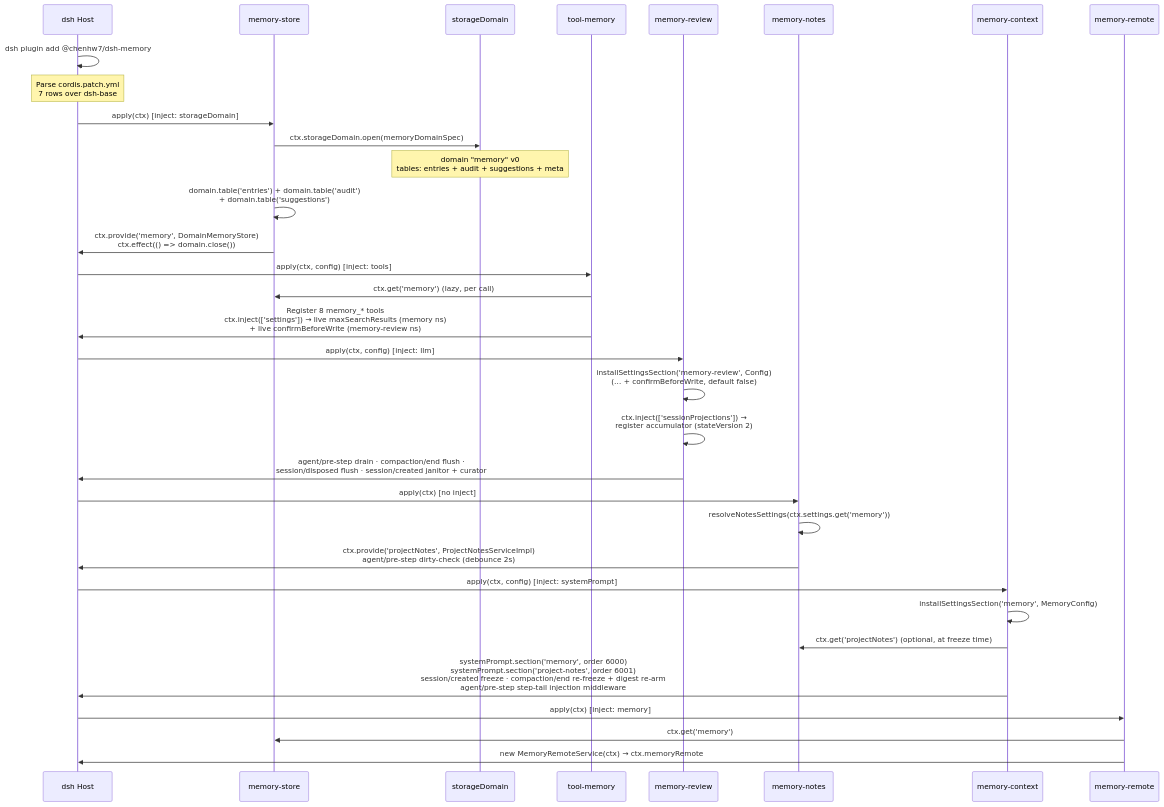
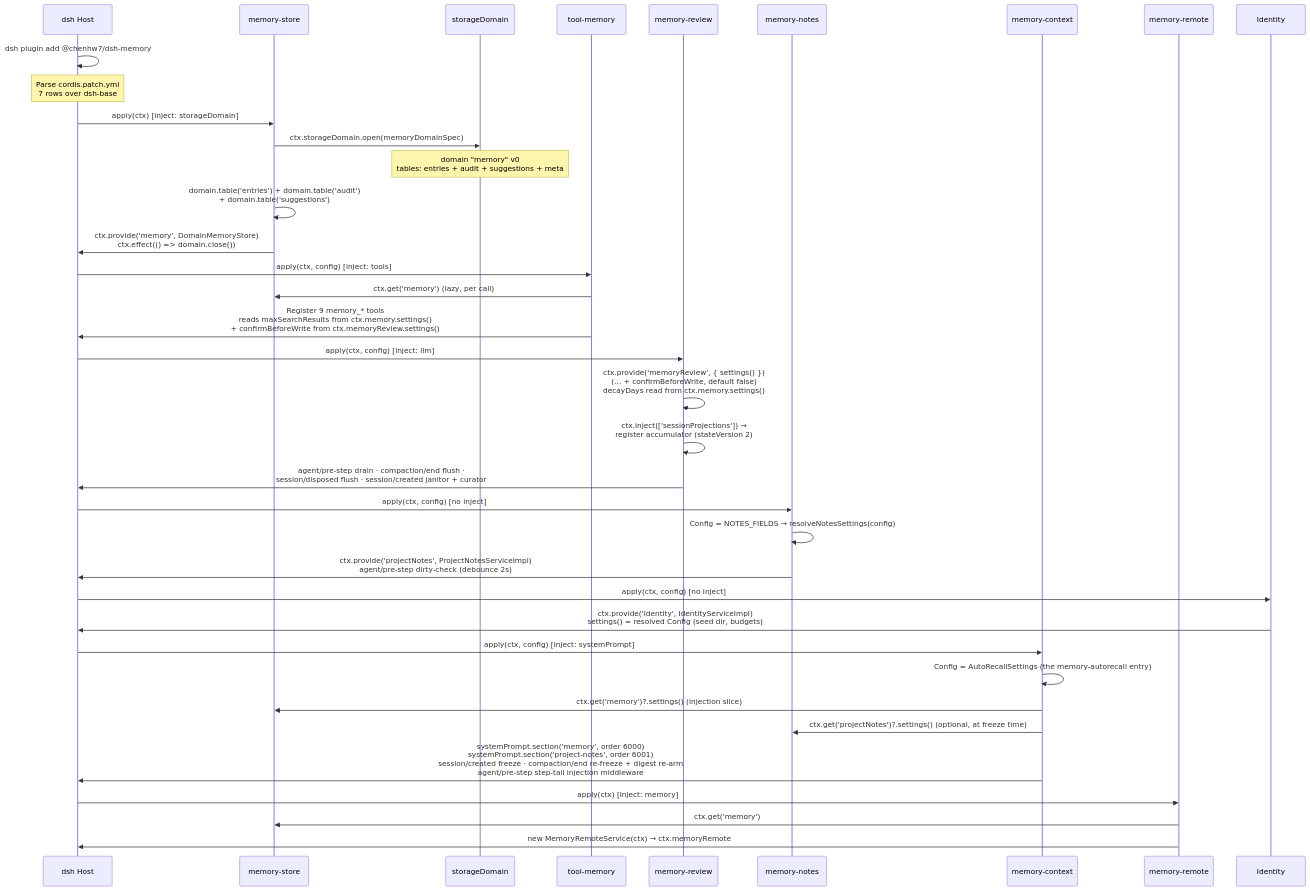
One commit to chenhw7/dsh-memory changed the first of 15 diagrams in docs/SEQUENCE_DIAGRAMS.md. Above: the diagram before and after it, drawn with Mermaid. The commit also changed other lines of this file and 65 other files, not shown here.

````diff
--- a/docs/SEQUENCE_DIAGRAMS.md
+++ b/docs/SEQUENCE_DIAGRAMS.md
@@ -14,42 +14,46 @@
 ```mermaid
 sequenceDiagram
     participant Host as dsh Host
     participant Store as memory-store
     participant SD as storageDomain
     participant Tool as tool-memory
     participant Review as memory-review
     participant Notes as memory-notes
     participant Context as memory-context
     participant Remote as memory-remote
 
     Host->>Host: dsh plugin add @chenhw7/dsh-memory
     Note over Host: Parse cordis.patch.yml<br/>7 rows over dsh-base
 
     Host->>Store: apply(ctx) [inject: storageDomain]
     Store->>SD: ctx.storageDomain.open(memoryDomainSpec)
     Note over SD: domain "memory" v0<br/>tables: entries + audit + suggestions + meta
     Store->>Store: domain.table('entries') + domain.table('audit')<br/>+ domain.table('suggestions')
     Store->>Host: ctx.provide('memory', DomainMemoryStore)<br/>ctx.effect(() => domain.close())
 
     Host->>Tool: apply(ctx, config) [inject: tools]
     Tool->>Store: ctx.get('memory') (lazy, per call)
-    Tool->>Host: Register 8 memory_* tools<br/>ctx.inject(['settings']) → live maxSearchResults (memory ns)<br/>+ live confirmBeforeWrite (memory-review ns)
+    Tool->>Host: Register 9 memory_* tools<br/>reads maxSearchResults from ctx.memory.settings()<br/>+ confirmBeforeWrite from ctx.memoryReview.settings()
 
     Host->>Review: apply(ctx, config) [inject: llm]
-    Review->>Review: installSettingsSection('memory-review', Config)<br/>(… + confirmBeforeWrite, default false)
+    Review->>Review: ctx.provide('memoryReview', { settings() })<br/>(… + confirmBeforeWrite, default false)<br/>decayDays read from ctx.memory.settings()
     Review->>Review: ctx.inject(['sessionProjections']) →<br/>register accumulator (stateVersion 2)
     Review->>Host: agent/pre-step drain · compaction/end flush ·<br/>session/disposed flush · session/created janitor + curator
 
-    Host->>Notes: apply(ctx) [no inject]
-    Notes->>Notes: resolveNotesSettings(ctx.settings.get('memory'))
+    Host->>Notes: apply(ctx, config) [no inject]
+    Notes->>Notes: Config = NOTES_FIELDS → resolveNotesSettings(config)
     Notes->>Host: ctx.provide('projectNotes', ProjectNotesServiceImpl)<br/>agent/pre-step dirty-check (debounce 2s)
 
+    Host->>Identity: apply(ctx, config) [no inject]
+    Identity->>Host: ctx.provide('identity', IdentityServiceImpl)<br/>settings() = resolved Config (seed dir, budgets)
+
     Host->>Context: apply(ctx, config) [inject: systemPrompt]
-    Context->>Context: installSettingsSection('memory', MemoryConfig)
-    Context->>Notes: ctx.get('projectNotes') (optional, at freeze time)
+    Context->>Context: Config = AutoRecallSettings (the memory-autorecall entry)
+    Context->>Store: ctx.get('memory')?.settings() (injection slice)
+    Context->>Notes: ctx.get('projectNotes')?.settings() (optional, at freeze time)
     Context->>Host: systemPrompt.section('memory', order 6000)<br/>systemPrompt.section('project-notes', order 6001)<br/>session/created freeze · compaction/end re-freeze + digest re-arm<br/>agent/pre-step step-tail injection middleware
 
     Host->>Remote: apply(ctx) [inject: memory]
     Remote->>Store: ctx.get('memory')
     Remote->>Host: new MemoryRemoteService(ctx) → ctx.memoryRemote
 ```
````
